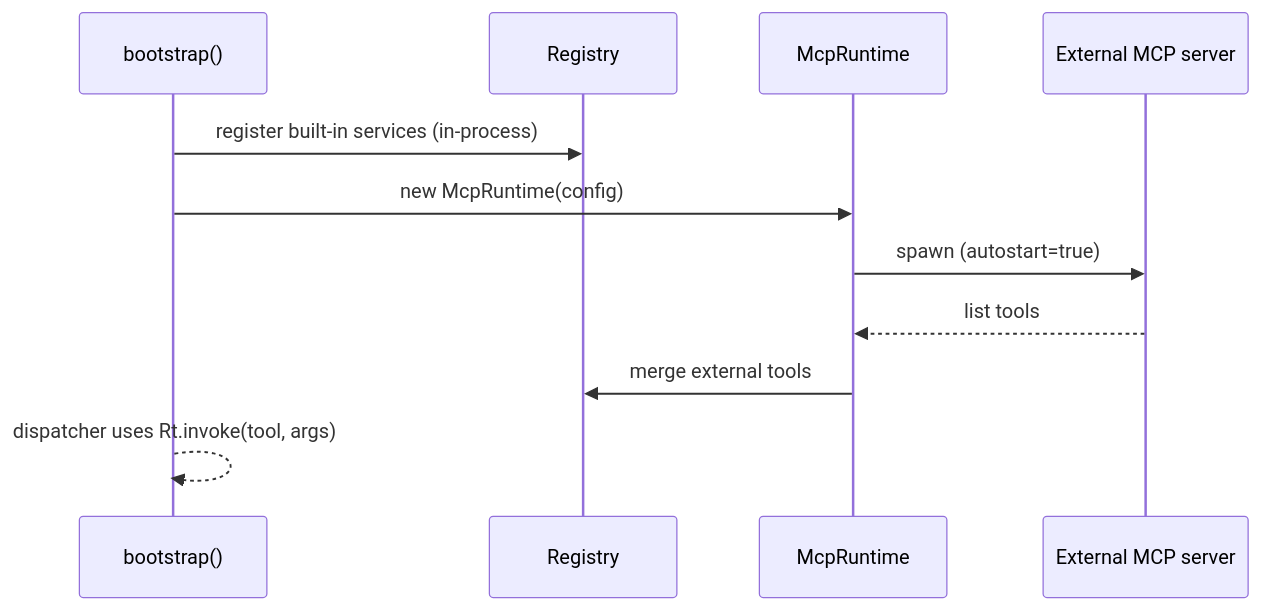
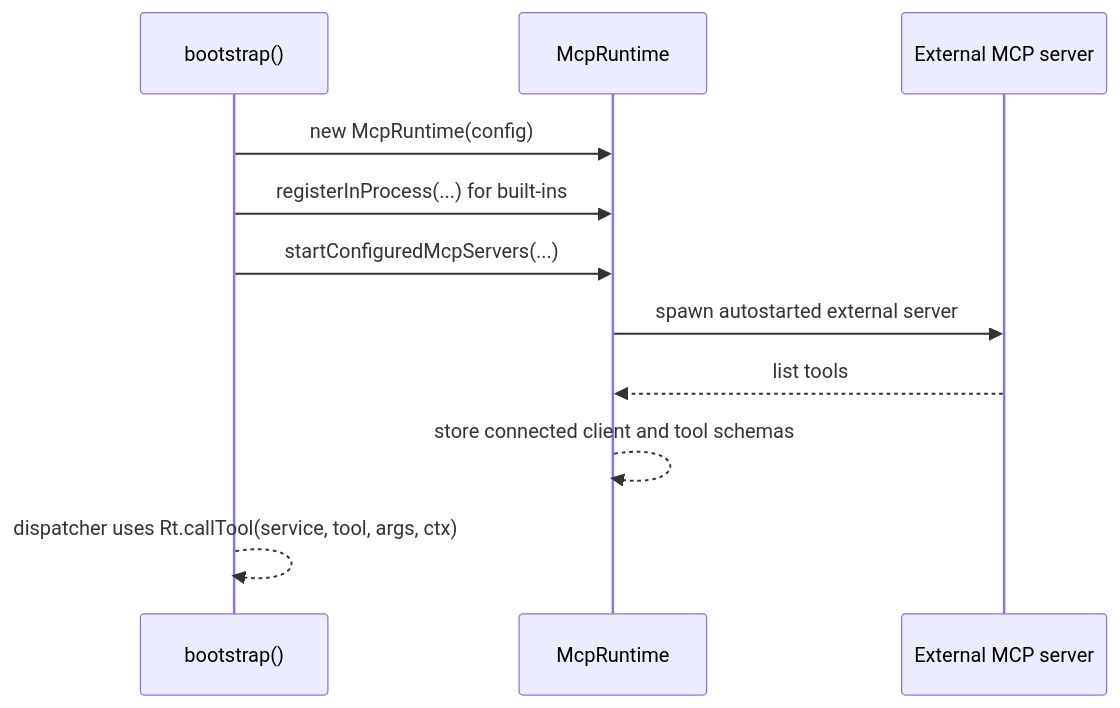
One commit to salva/saivage changed the diagram in docs/internals/mcp/runtime.md. Above: the diagram before and after it, drawn with Mermaid. The commit also changed other lines of this file, not shown here.

First line of the commit message:
docs: wave 10 — accuracy fixes for docs/internals/mcp/runtime.md

````diff
--- a/docs/internals/mcp/runtime.md
+++ b/docs/internals/mcp/runtime.md
@@ -34,14 +36,14 @@
 ```mermaid
 sequenceDiagram
   participant Boot as bootstrap()
-  participant Reg as Registry
   participant Rt as McpRuntime
   participant Ext as External MCP server
 
-  Boot->>Reg: register built-in services (in-process)
   Boot->>Rt: new McpRuntime(config)
-  Rt->>Ext: spawn (autostart=true)
+  Boot->>Rt: registerInProcess(...) for built-ins
+  Boot->>Rt: startConfiguredMcpServers(...)
+  Rt->>Ext: spawn autostarted external server
   Ext-->>Rt: list tools
-  Rt->>Reg: merge external tools
-  Boot-->>Boot: dispatcher uses Rt.invoke(tool, args)
+  Rt-->>Rt: store connected client and tool schemas
+  Boot-->>Boot: dispatcher uses Rt.callTool(service, tool, args, ctx)
 ```
````
